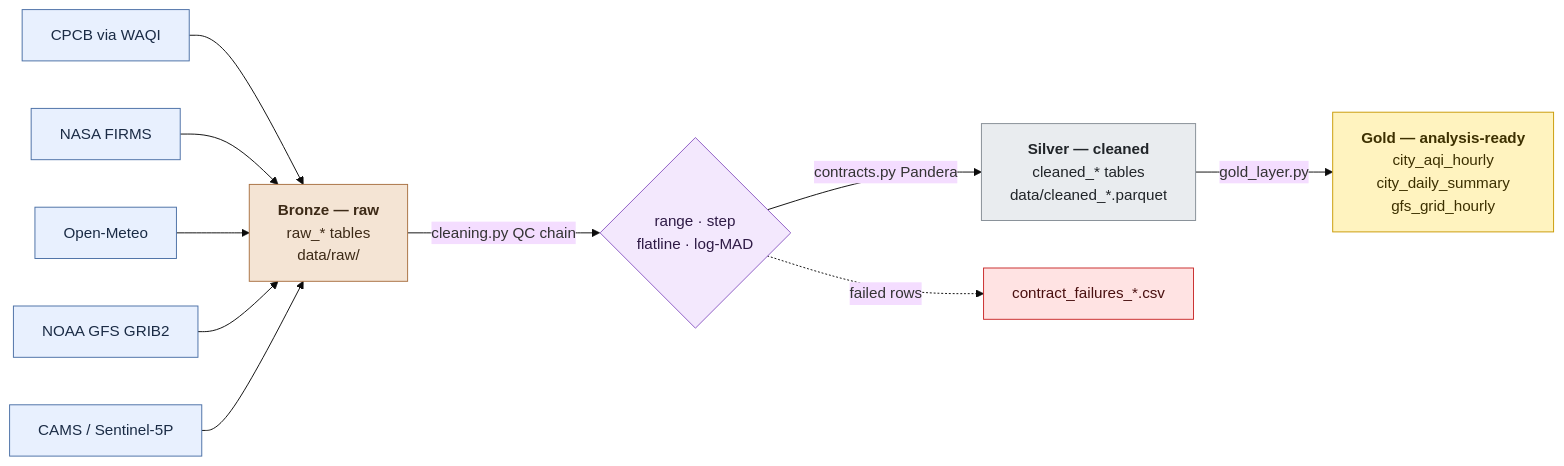
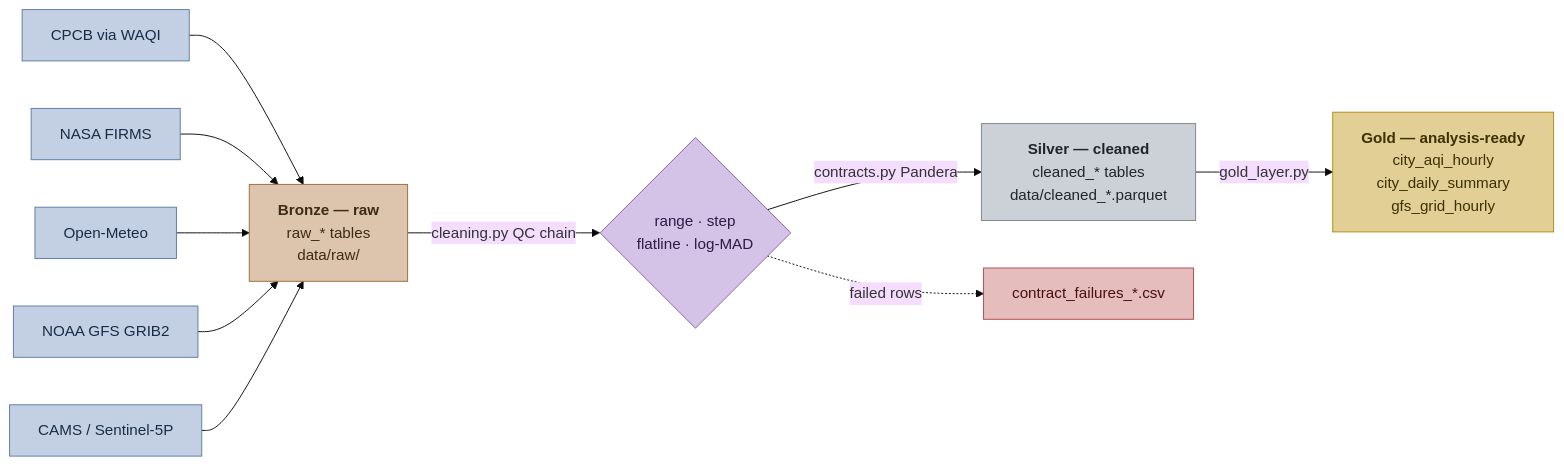
The diagram in README.md (yadavarpit9833-cpu/Data-Pipeline), drawn with Mermaid (base theme) before and after one commit. The commit also changed other lines of this file, not shown here.

First line of the commit message:
Soften diagram palette and trim the sample tables

````diff
--- a/README.md
+++ b/README.md
@@ -29,25 +29,25 @@
 ```mermaid
 flowchart LR
     CPCB[CPCB via WAQI]:::src --> RAW
     FIRMS[NASA FIRMS]:::src --> RAW
     OM[Open-Meteo]:::src --> RAW
     GFS[NOAA GFS GRIB2]:::src --> RAW
     CAMS[CAMS / Sentinel-5P]:::src --> RAW
 
     RAW["<b>Bronze — raw</b><br/>raw_* tables<br/>data/raw/"]:::bronze
     RAW -->|cleaning.py QC chain| QC
     QC{"range · step<br/>flatline · log-MAD"}:::qc
     QC -->|contracts.py Pandera| CLEAN
     CLEAN["<b>Silver — cleaned</b><br/>cleaned_* tables<br/>data/cleaned_*.parquet"]:::silver
     CLEAN -->|gold_layer.py| GOLD
     GOLD["<b>Gold — analysis-ready</b><br/>city_aqi_hourly<br/>city_daily_summary<br/>gfs_grid_hourly"]:::gold
 
     QC -.->|failed rows| CSV["contract_failures_*.csv"]:::fail
 
-    classDef src fill:#e8f0fe,stroke:#4a6fa5,color:#1a2b45
-    classDef bronze fill:#f4e4d4,stroke:#a97142,color:#3d2a17
-    classDef silver fill:#e9ecef,stroke:#868e96,color:#212529
-    classDef gold fill:#fff3bf,stroke:#c99a06,color:#3d3000
-    classDef qc fill:#f3e8fd,stroke:#8d5bc4,color:#2e1a45
-    classDef fail fill:#ffe3e3,stroke:#c92a2a,color:#4a1010
+    classDef src fill:#c3d0e4,stroke:#5b7ba8,color:#1a2b45
+    classDef bronze fill:#dcc5ac,stroke:#9c6a3d,color:#3d2a17
+    classDef silver fill:#ccd1d7,stroke:#7c858e,color:#212529
+    classDef gold fill:#e2cf95,stroke:#b58d12,color:#3d3000
+    classDef qc fill:#d4c3e6,stroke:#8265ad,color:#2e1a45
+    classDef fail fill:#e5bdbd,stroke:#b34a4a,color:#4a1010
 ```
````
